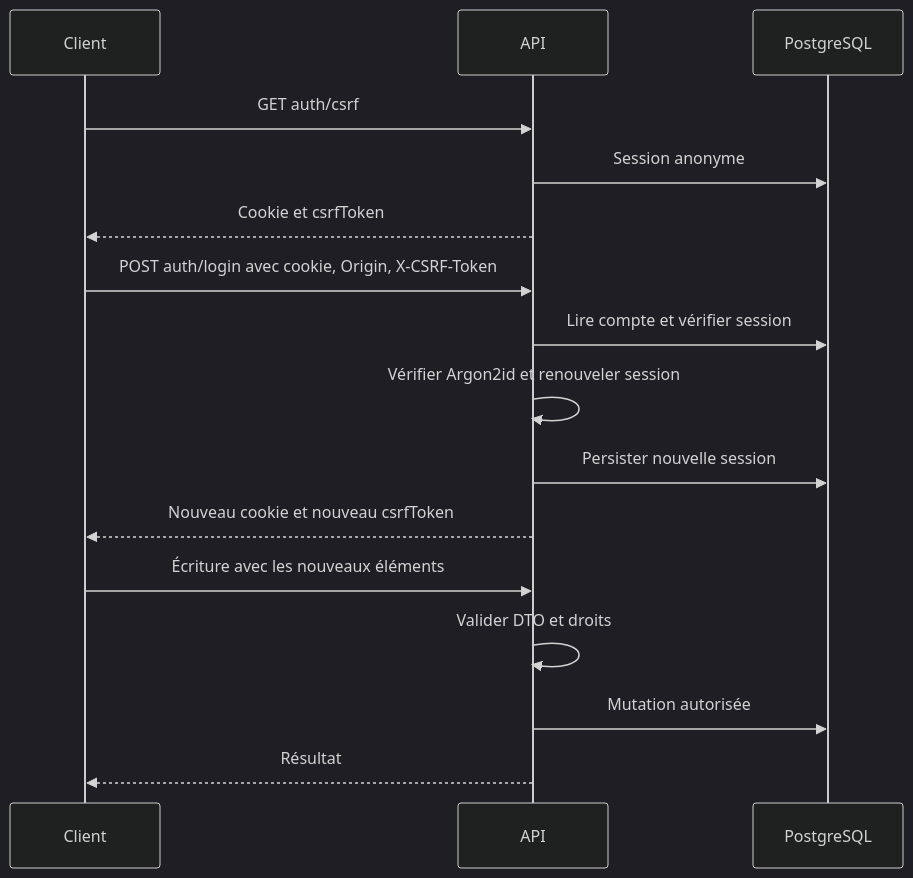
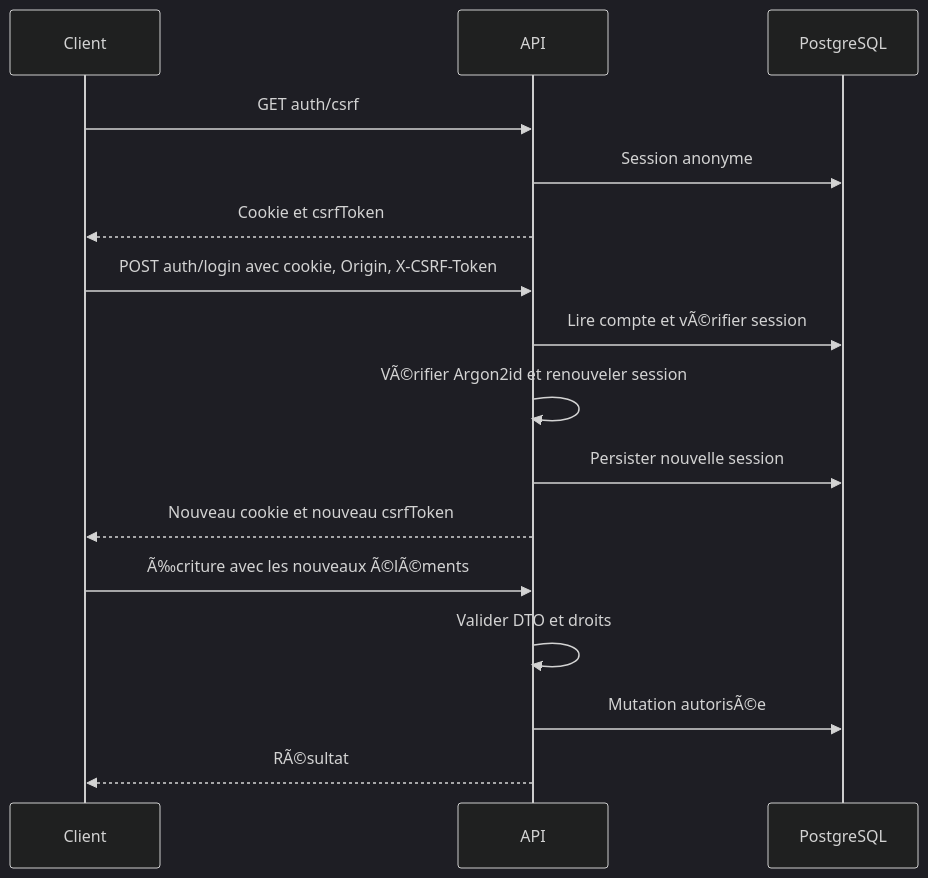
Before and after one commit to lebretyves/Backend_Interimatch: the first of 8 diagrams in docs/FLUX_V1.md, drawn with Mermaid (dark theme). The commit also changed other lines of this file and 30 other files, not shown here.

````diff
--- a/docs/FLUX_V1.md
+++ b/docs/FLUX_V1.md
@@ -7,18 +7,18 @@
 ```mermaid
 sequenceDiagram
     participant Client
     participant API
     participant PostgreSQL
     Client->>API: GET auth/csrf
     API->>PostgreSQL: Session anonyme
     API-->>Client: Cookie et csrfToken
     Client->>API: POST auth/login avec cookie, Origin, X-CSRF-Token
-    API->>PostgreSQL: Lire compte et vérifier session
-    API->>API: Vérifier Argon2id et renouveler session
+    API->>PostgreSQL: Lire compte et vÃ©rifier session
+    API->>API: VÃ©rifier Argon2id et renouveler session
     API->>PostgreSQL: Persister nouvelle session
     API-->>Client: Nouveau cookie et nouveau csrfToken
-    Client->>API: Écriture avec les nouveaux éléments
+    Client->>API: Ã‰criture avec les nouveaux Ã©lÃ©ments
     API->>API: Valider DTO et droits
-    API->>PostgreSQL: Mutation autorisée
-    API-->>Client: Résultat
+    API->>PostgreSQL: Mutation autorisÃ©e
+    API-->>Client: RÃ©sultat
 ```
````
